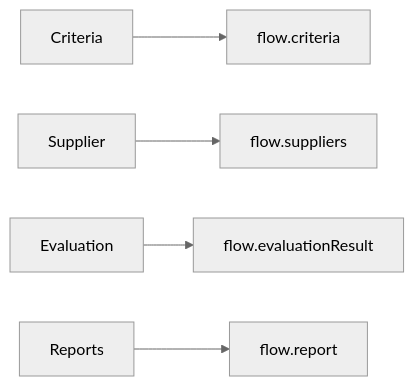
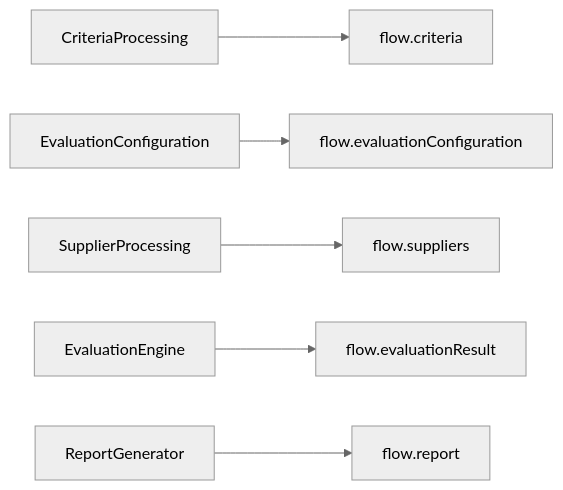
The sixth of 7 diagrams in Bid Analysis Agent/04-System-Architecture.md (adityarane-ai/Agentic-Orchestrations), drawn with Mermaid (neutral theme) before and after one commit. The commit also changed other lines of this file, not shown here.

````diff
--- a/Bid Analysis Agent/04-System-Architecture.md
+++ b/Bid Analysis Agent/04-System-Architecture.md
@@ -357,11 +526,13 @@
 ```mermaid
 flowchart LR
 
-Criteria --> flow.criteria
+CriteriaProcessing --> flow.criteria
 
-Supplier --> flow.suppliers
+EvaluationConfiguration --> flow.evaluationConfiguration
 
-Evaluation --> flow.evaluationResult
+SupplierProcessing --> flow.suppliers
 
-Reports --> flow.report
+EvaluationEngine --> flow.evaluationResult
+
+ReportGenerator --> flow.report
 ```
````
